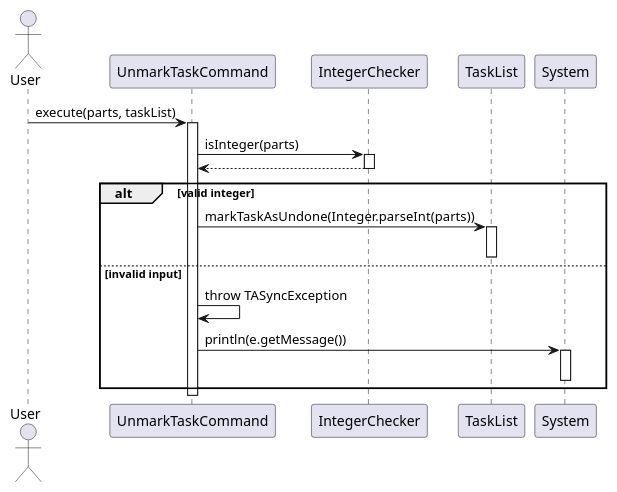
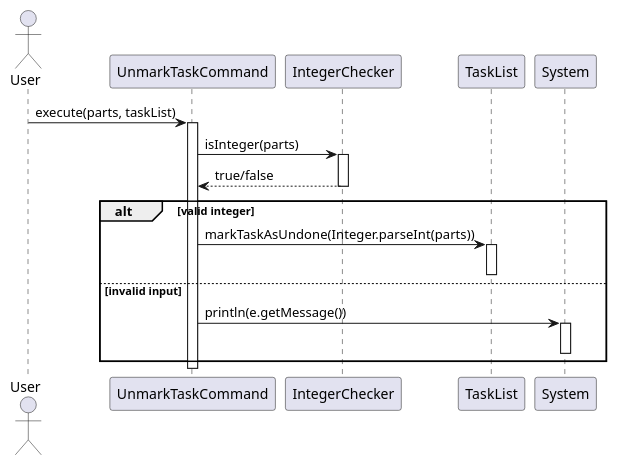
One commit to wongyihao02/tp changed the diagram in docs/diagrams/tasklistcommands/UnmarkTaskCommandSequenceDiagram.puml. Above: the diagram before and after it, drawn with PlantUML. The commit also changed 17 other files, not shown here.

Commit message:
Edit errors in task commands sequence diagrams

```diff
--- a/docs/diagrams/tasklistcommands/UnmarkTaskCommandSequenceDiagram.puml
+++ b/docs/diagrams/tasklistcommands/UnmarkTaskCommandSequenceDiagram.puml
@@ -1,31 +1,30 @@
 @startuml
 'https://plantuml.com/sequence-diagram
 
 actor User
 
 participant "UnmarkTaskCommand" as UnmarkCmd
 participant "IntegerChecker" as Checker
 participant "TaskList" as TaskList
 participant "System" as Console
 
 User -> UnmarkCmd : execute(parts, taskList)
 activate UnmarkCmd
 
 UnmarkCmd -> Checker : isInteger(parts)
 activate Checker
-Checker --> UnmarkCmd
+Checker --> UnmarkCmd : true/false
 deactivate Checker
 
 alt valid integer
     UnmarkCmd -> TaskList : markTaskAsUndone(Integer.parseInt(parts))
     activate TaskList
     deactivate TaskList
 else invalid input
-    UnmarkCmd -> UnmarkCmd : throw TASyncException
     UnmarkCmd -> Console : println(e.getMessage())
     activate Console
     deactivate Console
 end
 
 deactivate UnmarkCmd
 @enduml
```
